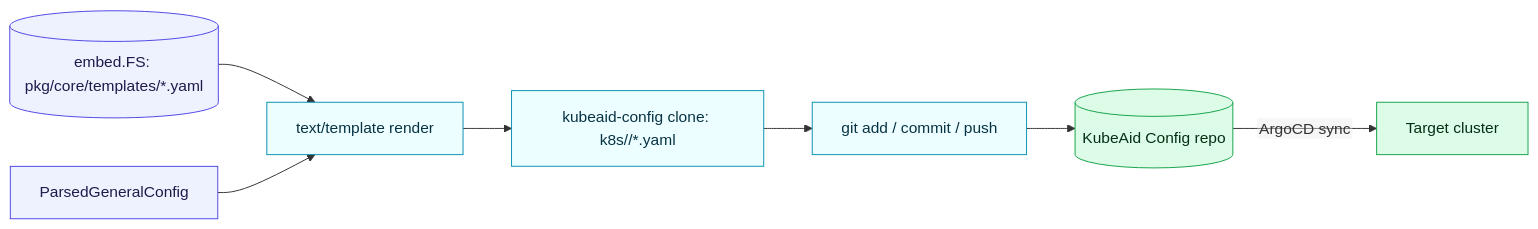
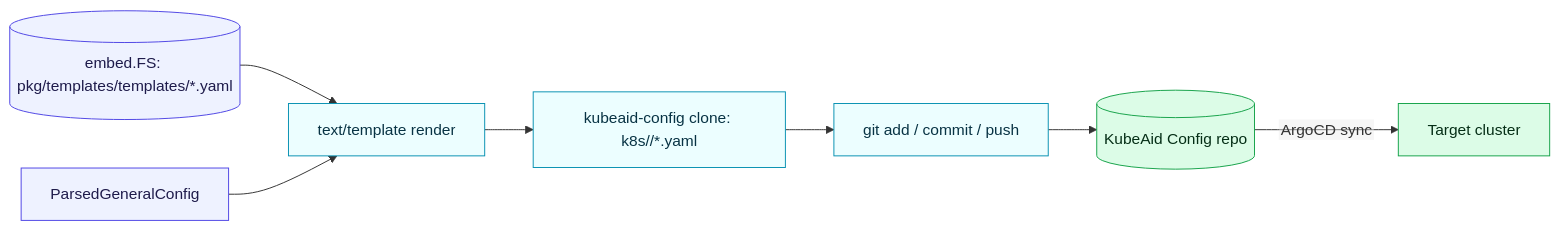
One commit to Obmondo/kubeaid-cli changed the ninth of 11 diagrams in docs/architecture.md. Above: the diagram before and after it, drawn with Mermaid. The commit also changed other lines of this file and 209 other files, not shown here.

````diff
--- a/docs/architecture.md
+++ b/docs/architecture.md
@@ -441,17 +441,17 @@
 ```mermaid
 %%{init: {'flowchart': {'htmlLabels': false}}}%%
 flowchart LR
-  embed[("embed.FS: pkg/core/templates/*.yaml")] --> render
+  embed[("embed.FS: pkg/templates/templates/*.yaml")] --> render
   cfg["ParsedGeneralConfig"] --> render
   render["text/template render"] --> files["kubeaid-config clone: k8s/<cluster>/*.yaml"]
   files --> commit["git add / commit / push"]
   commit --> repo[("KubeAid Config repo")]
   repo -- "ArgoCD sync" --> cluster["Target cluster"]
 
   classDef src fill:#eef2ff,stroke:#4f46e5,color:#1e1b4b;
   classDef mid fill:#ecfeff,stroke:#0891b2,color:#083344;
   classDef out fill:#dcfce7,stroke:#16a34a,color:#052e16;
   class embed,cfg src;
   class render,files,commit mid;
   class repo,cluster out;
 ```
````
